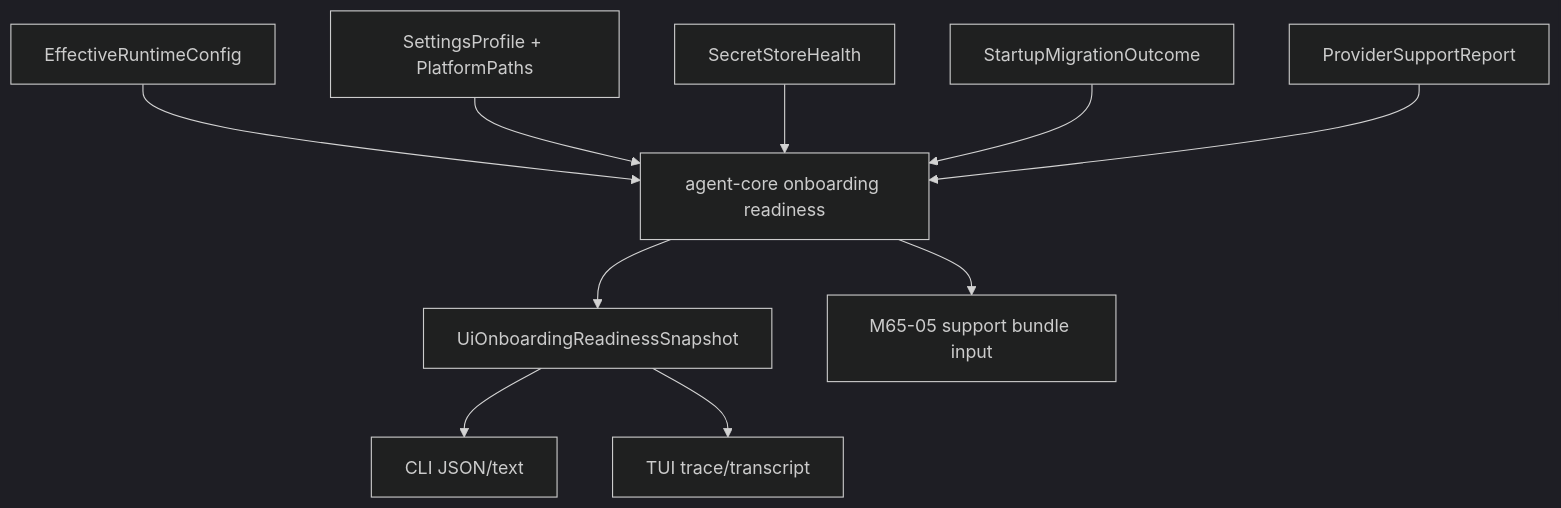
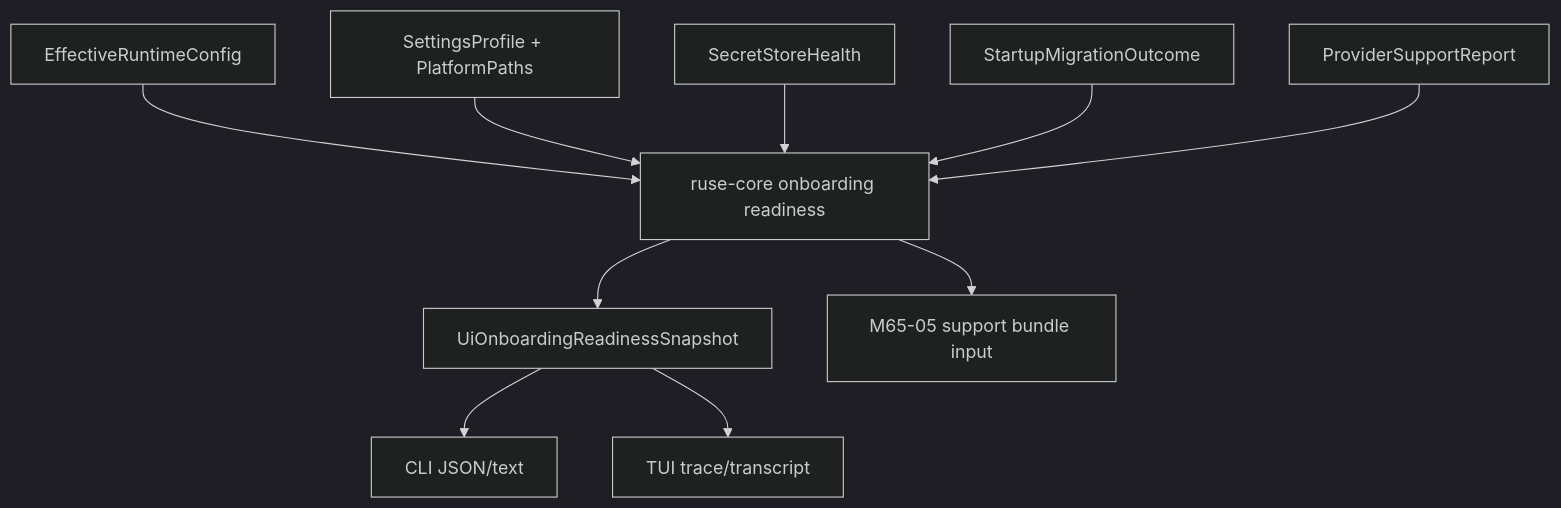
Before and after one commit to poneding/agent: the diagram in docs/specs/M65-04-settings-secrets-migration-onboarding.spec.md, drawn with Mermaid (dark theme). The commit also changed other lines of this file and 2091 other files, not shown here.

First line of the commit message:
refactor: rename agent branding to ruse

````diff
--- a/docs/specs/M65-04-settings-secrets-migration-onboarding.spec.md
+++ b/docs/specs/M65-04-settings-secrets-migration-onboarding.spec.md
@@ -32,12 +32,12 @@
 ```mermaid
 flowchart TD
-  Config["EffectiveRuntimeConfig"] --> Core["agent-core onboarding readiness"]
+  Config["EffectiveRuntimeConfig"] --> Core["ruse-core onboarding readiness"]
   Settings["SettingsProfile + PlatformPaths"] --> Core
   Secrets["SecretStoreHealth"] --> Core
   Migrations["StartupMigrationOutcome"] --> Core
   Providers["ProviderSupportReport"] --> Core
   Core --> Bridge["UiOnboardingReadinessSnapshot"]
   Bridge --> CLI["CLI JSON/text"]
   Bridge --> TUI["TUI trace/transcript"]
   Core --> Support["M65-05 support bundle input"]
 ```
````
